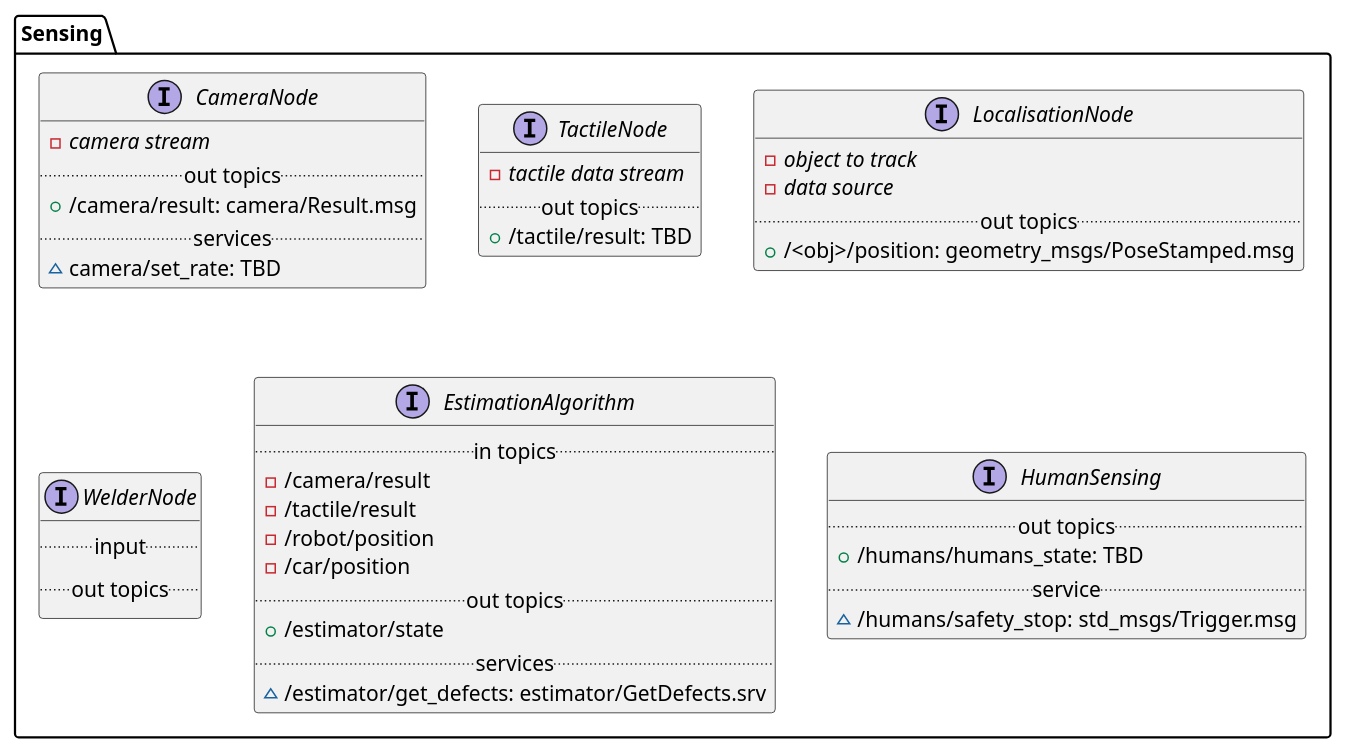
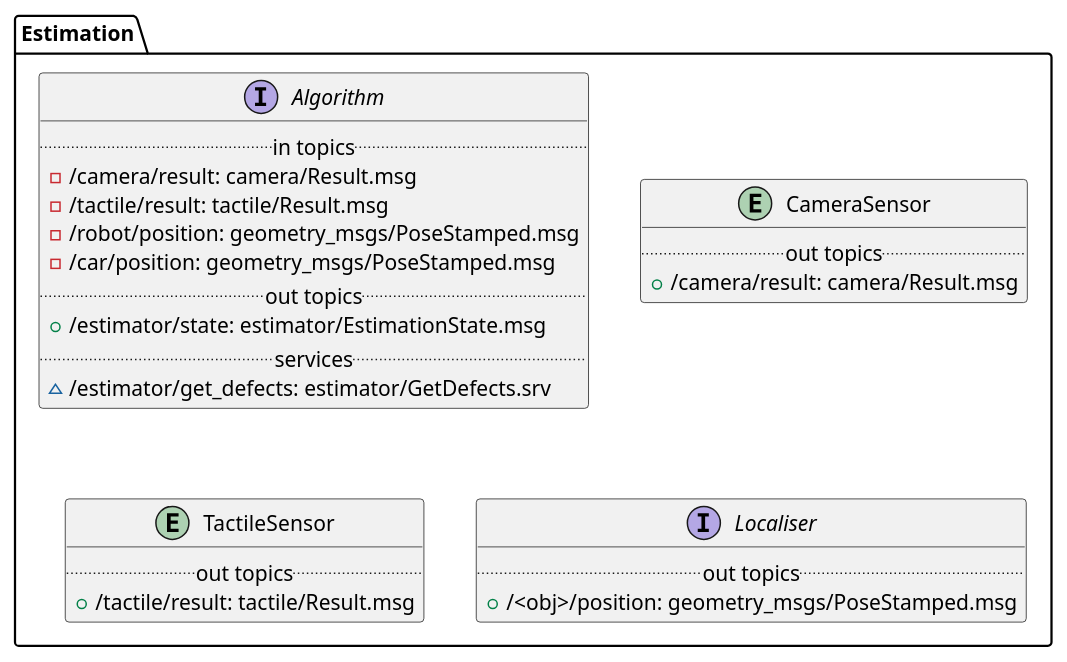
The third of 7 diagrams in framework.md (magician-project/magician-project), drawn with PlantUML before and after one commit. The commit also changed other lines of this file, not shown here.

````diff
--- a/framework.md
+++ b/framework.md
@@ -198,52 +144,35 @@
 ```{plantuml}
 :width: 700px
 @startuml
-package Sensing {
-  interface CameraNode {
-    - {abstract}  camera stream
+package Estimation {
+
+  interface Algorithm {
+    .. in topics ..
+    - /camera/result: camera/Result.msg
+    - /tactile/result: tactile/Result.msg
+    - /robot/position: geometry_msgs/PoseStamped.msg
+    - /car/position: geometry_msgs/PoseStamped.msg
     .. out topics ..
-    + /camera/result: camera/Result.msg
-    .. services ..
-    ~ camera/set_rate: TBD
-  }
-
-  interface TactileNode {
-    - {abstract}  tactile data stream
-    .. out topics ..
-    + /tactile/result: TBD
-  }
-
-  interface LocalisationNode {
-    - {abstract}  object to track
-    - {abstract}  data source
-    .. out topics ..
-    + /<obj>/position: geometry_msgs/PoseStamped.msg
-  }
-
-  interface WelderNode {
-    .. input ..
-    .. out topics ..
-  }
-
-  interface EstimationAlgorithm {
-    .. in topics ..
-    - /camera/result
-    - /tactile/result
-    - /robot/position
-    - /car/position
-    .. out topics ..
-    + /estimator/state
+    + /estimator/state: estimator/EstimationState.msg
     .. services ..
     ~ /estimator/get_defects: estimator/GetDefects.srv
   }
 
-  interface HumanSensing {
+  entity CameraSensor {
     .. out topics ..
-    + /humans/humans_state: TBD
-    .. service ..
-    ~ /humans/safety_stop: std_msgs/Trigger.msg
+    + /camera/result: camera/Result.msg
+  }
+
+  entity TactileSensor {
+    .. out topics ..
+    + /tactile/result: tactile/Result.msg
+  }
+
+  interface Localiser {
+    .. out topics ..
+    + /<obj>/position: geometry_msgs/PoseStamped.msg
   }
 
 }
 @enduml
 ```
````
